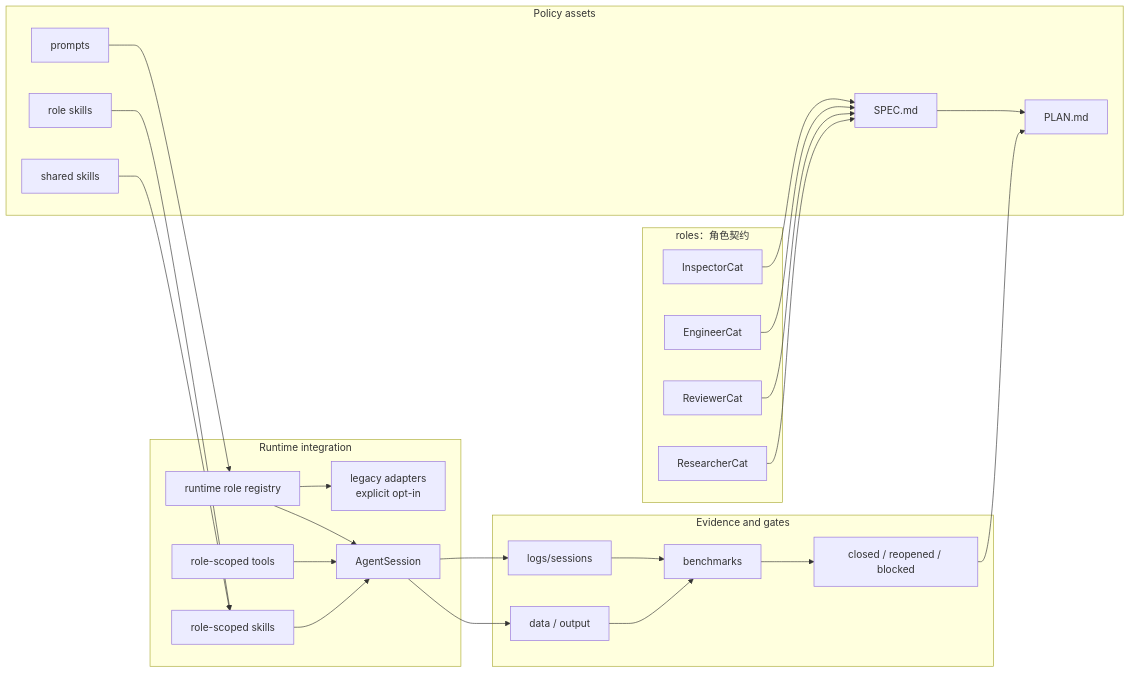
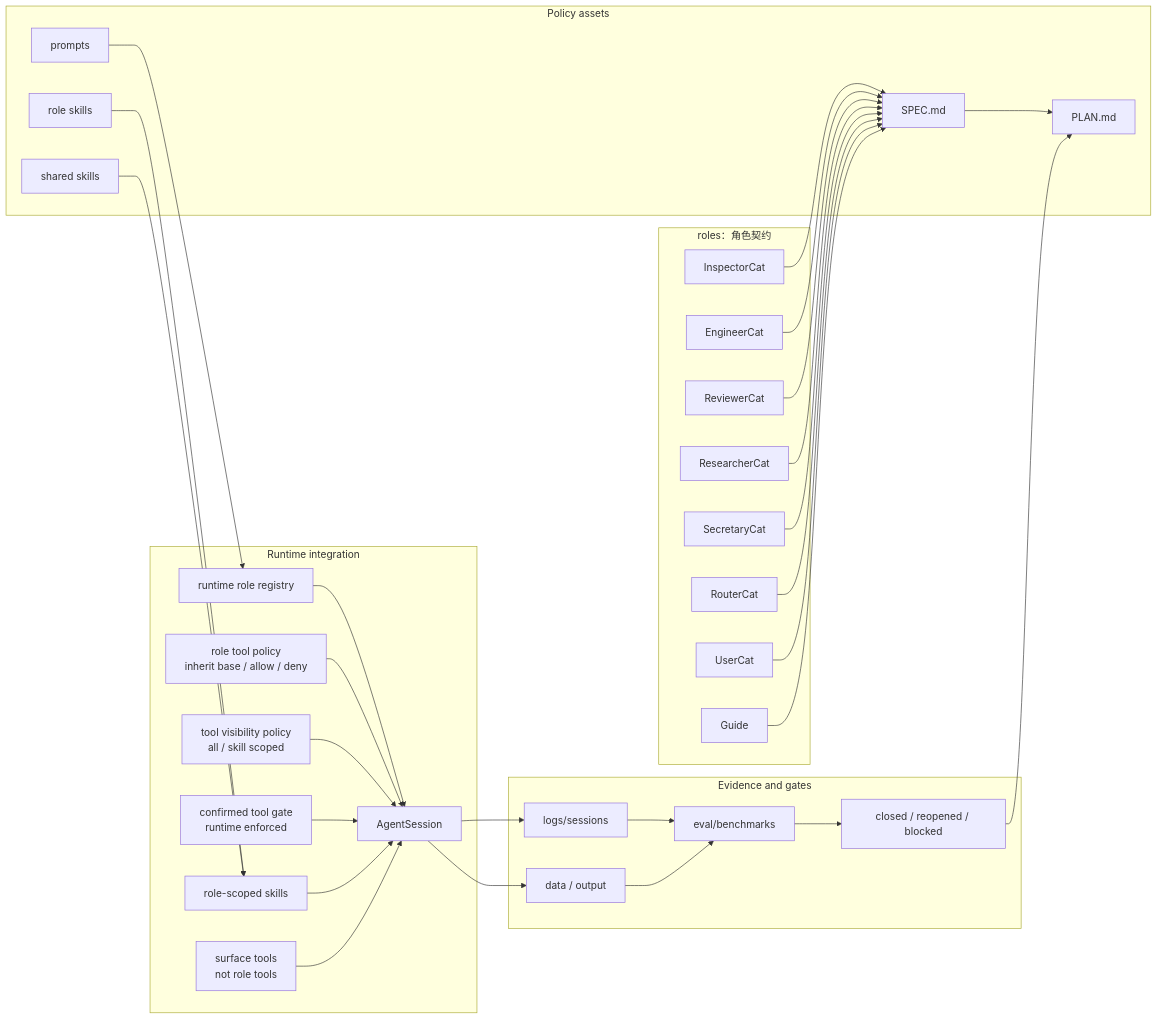
Before and after one commit to fightheyyy/XiaoBa-CLI: the second of 2 diagrams in roles/SPEC.md, drawn with Mermaid. The commit also changed other lines of this file and 271 other files, not shown here.

````diff
--- a/roles/SPEC.md
+++ b/roles/SPEC.md
@@ -100,51 +137,63 @@
 ```mermaid
 flowchart LR
     subgraph Roles["roles：角色契约"]
         Inspector["InspectorCat"]
         Engineer["EngineerCat"]
         Reviewer["ReviewerCat"]
         Researcher["ResearcherCat"]
+        Secretary["SecretaryCat"]
+        Router["RouterCat"]
+        User["UserCat"]
+        Guide["Guide"]
     end
 
     subgraph Policies["Policy assets"]
         Specs["SPEC.md"]
         Plans["PLAN.md"]
         Prompts["prompts"]
         RoleSkills["role skills"]
         SharedSkills["shared skills"]
     end
 
     subgraph Runtime["Runtime integration"]
         Registry["runtime role registry"]
-        ToolPolicy["role-scoped tools"]
+        ToolPolicy["role tool policy<br/>inherit base / allow / deny"]
+        ToolVisibility["tool visibility policy<br/>all / skill scoped"]
+        ConfirmGate["confirmed tool gate<br/>runtime enforced"]
         SkillPolicy["role-scoped skills"]
-        LegacyAdapters["legacy adapters<br/>explicit opt-in"]
+        SurfaceTools["surface tools<br/>not role tools"]
         Sessions["AgentSession"]
     end
 
     subgraph Evidence["Evidence and gates"]
         Logs["logs/sessions"]
         Artifacts["data / output"]
-        Benchmarks["benchmarks"]
+        Benchmarks["eval/benchmarks"]
         Decisions["closed / reopened / blocked"]
     end
 
     Inspector --> Specs
     Engineer --> Specs
     Reviewer --> Specs
     Researcher --> Specs
+    Secretary --> Specs
+    Router --> Specs
+    User --> Specs
+    Guide --> Specs
     Specs --> Plans
     Prompts --> Registry
     RoleSkills --> SkillPolicy
     SharedSkills --> SkillPolicy
     Registry --> Sessions
-    Registry --> LegacyAdapters
     ToolPolicy --> Sessions
+    ToolVisibility --> Sessions
+    ConfirmGate --> Sessions
     SkillPolicy --> Sessions
+    SurfaceTools --> Sessions
     Sessions --> Logs
     Sessions --> Artifacts
     Logs --> Benchmarks
     Artifacts --> Benchmarks
     Benchmarks --> Decisions
     Decisions --> Plans
 ```
````
